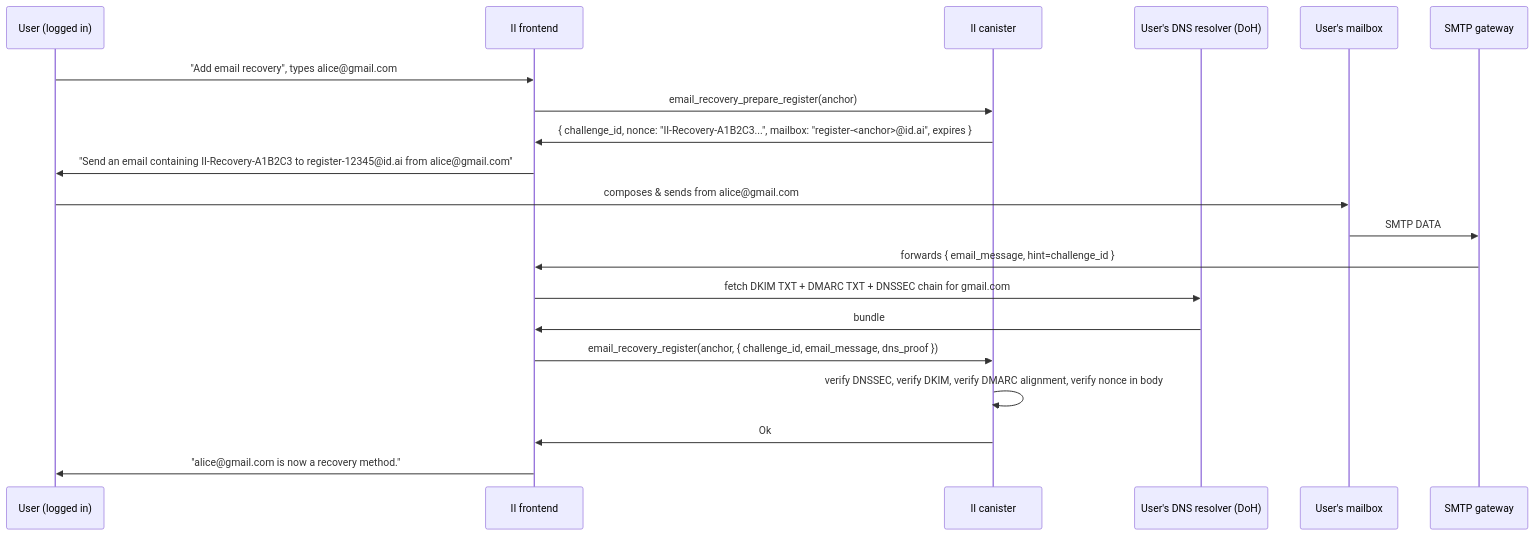
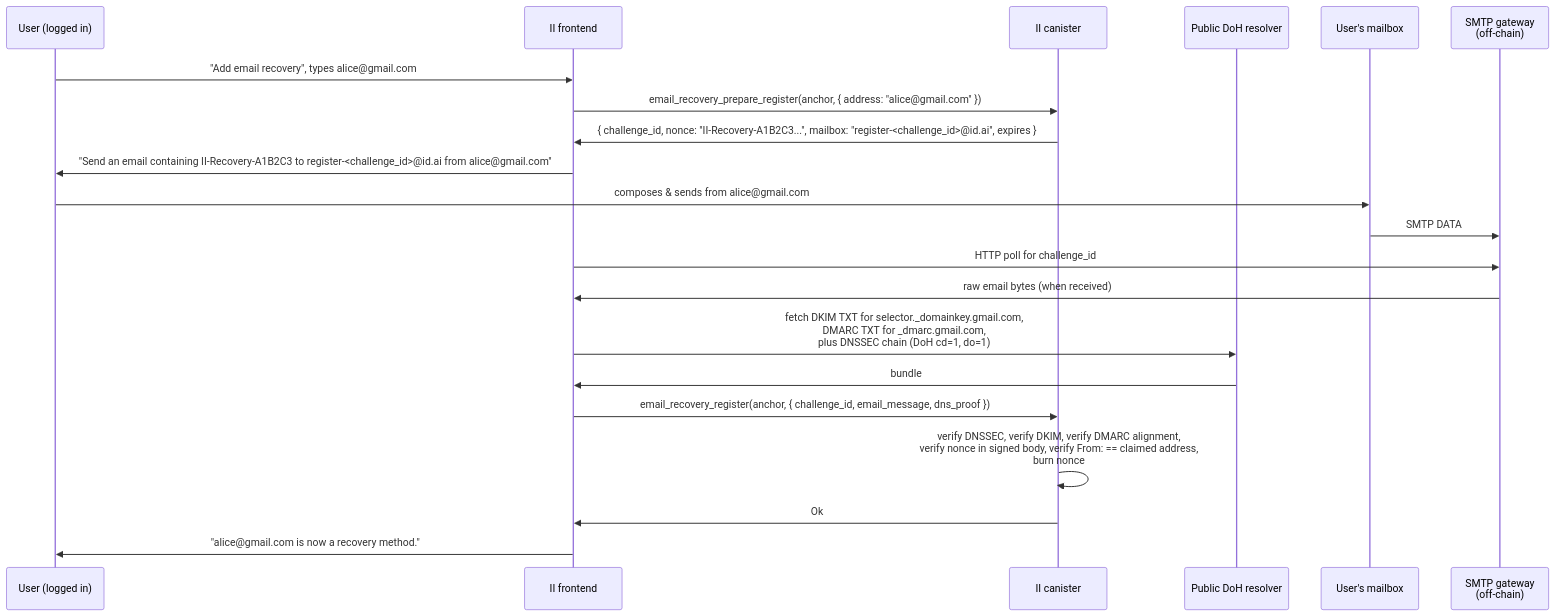
Before and after one commit to dfinity/internet-identity: the second of 3 diagrams in docs/ongoing/email-recovery.md, drawn with Mermaid. The commit also changed other lines of this file, not shown here.

````diff
--- a/docs/ongoing/email-recovery.md
+++ b/docs/ongoing/email-recovery.md
@@ -486,23 +559,24 @@
 ```mermaid
 sequenceDiagram
     participant U as User (logged in)
     participant FE as II frontend
     participant II as II canister
-    participant DNS as User's DNS resolver (DoH)
+    participant DNS as Public DoH resolver
     participant Mail as User's mailbox
-    participant GW as SMTP gateway
+    participant GW as SMTP gateway<br/>(off-chain)
 
     U->>FE: "Add email recovery", types alice@gmail.com
-    FE->>II: email_recovery_prepare_register(anchor)
-    II->>FE: { challenge_id, nonce: "II-Recovery-A1B2C3...", mailbox: "register-<anchor>@id.ai", expires }
-    FE->>U: "Send an email containing II-Recovery-A1B2C3 to register-12345@id.ai from alice@gmail.com"
+    FE->>II: email_recovery_prepare_register(anchor, { address: "alice@gmail.com" })
+    II->>FE: { challenge_id, nonce: "II-Recovery-A1B2C3...", mailbox: "register-<challenge_id>@id.ai", expires }
+    FE->>U: "Send an email containing II-Recovery-A1B2C3 to register-<challenge_id>@id.ai from alice@gmail.com"
     U->>Mail: composes & sends from alice@gmail.com
     Mail->>GW: SMTP DATA
-    GW->>FE: forwards { email_message, hint=challenge_id }
-    FE->>DNS: fetch DKIM TXT + DMARC TXT + DNSSEC chain for gmail.com
+    FE->>GW: HTTP poll for challenge_id
+    GW->>FE: raw email bytes (when received)
+    FE->>DNS: fetch DKIM TXT for selector._domainkey.gmail.com,<br/>DMARC TXT for _dmarc.gmail.com,<br/>plus DNSSEC chain (DoH cd=1, do=1)
     DNS->>FE: bundle
     FE->>II: email_recovery_register(anchor, { challenge_id, email_message, dns_proof })
-    II->>II: verify DNSSEC, verify DKIM, verify DMARC alignment, verify nonce in body
+    II->>II: verify DNSSEC, verify DKIM, verify DMARC alignment,<br/>verify nonce in signed body, verify From: == claimed address,<br/>burn nonce
     II->>FE: Ok
     FE->>U: "alice@gmail.com is now a recovery method."
 ```
````
